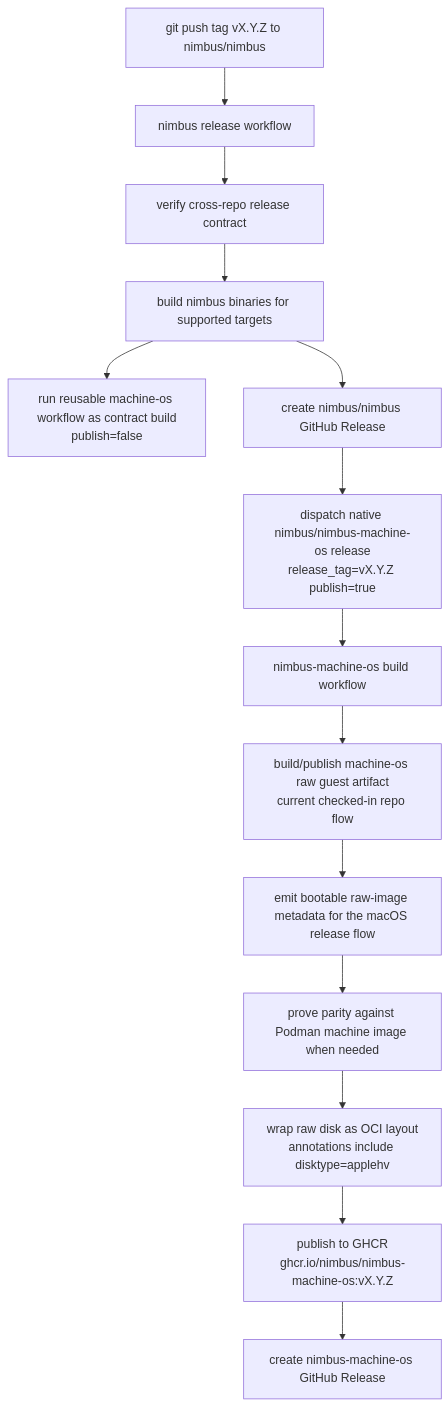
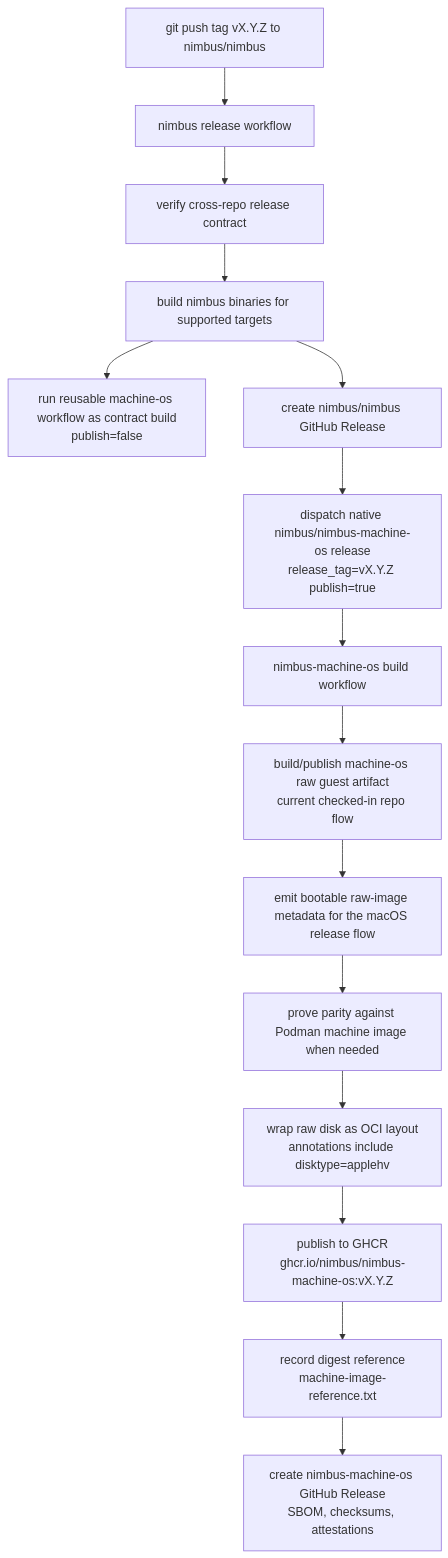
Before and after one commit to nimbus/nimbus: the first of 6 diagrams in docs/architecture/sandbox/macos-machine-flow.md, drawn with Mermaid. The commit also changed other lines of this file and 45 other files, not shown here.

````diff
--- a/docs/architecture/sandbox/macos-machine-flow.md
+++ b/docs/architecture/sandbox/macos-machine-flow.md
@@ -73,16 +95,17 @@
 ```mermaid
 flowchart TD
     A["git push tag vX.Y.Z to nimbus/nimbus"] --> B["nimbus release workflow"]
     B --> C["verify cross-repo release contract"]
     C --> D["build nimbus binaries for supported targets"]
     D --> E["run reusable machine-os workflow as contract build<br/>publish=false"]
     D --> F["create nimbus/nimbus GitHub Release"]
     F --> G["dispatch native nimbus/nimbus-machine-os release<br/>release_tag=vX.Y.Z publish=true"]
     G --> H["nimbus-machine-os build workflow"]
     H --> I["build/publish machine-os raw guest artifact<br/>current checked-in repo flow"]
     I --> J["emit bootable raw-image metadata for the macOS release flow"]
     J --> K["prove parity against Podman machine image when needed"]
     K --> L["wrap raw disk as OCI layout<br/>annotations include disktype=applehv"]
     L --> M["publish to GHCR<br/>ghcr.io/nimbus/nimbus-machine-os:vX.Y.Z"]
-    M --> N["create nimbus-machine-os GitHub Release"]
+    M --> N["record digest reference<br/>machine-image-reference.txt"]
+    N --> O["create nimbus-machine-os GitHub Release<br/>SBOM, checksums, attestations"]
 ```
````
